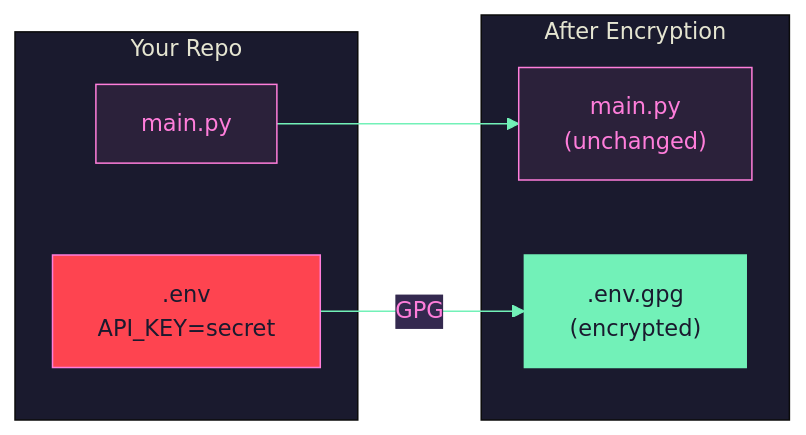
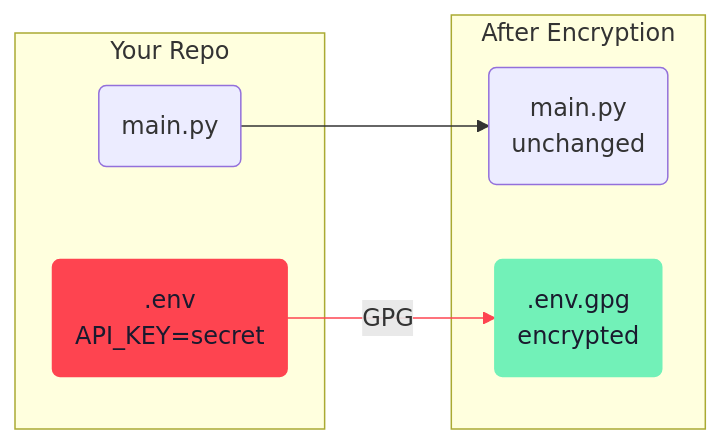
The second of 6 diagrams in README.md (haKC-ai/gitcloakd), drawn with Mermaid before and after one commit. The commit also changed other lines of this file, not shown here.

````diff
--- a/README.md
+++ b/README.md
@@ -138,19 +191,20 @@
 ```mermaid
-%%{init: {'theme': 'base', 'themeVariables': { 'fontFamily': 'Lato', 'fontSize': '15px', 'primaryColor': '#2b213a', 'primaryTextColor': '#ff7edb', 'primaryBorderColor': '#ff7edb', 'lineColor': '#72f1b8', 'secondaryColor': '#34294f', 'tertiaryColor': '#1a1a2e' }}}%%
 flowchart LR
     subgraph Before["Your Repo"]
-        CODE1["main.py"]
-        SECRET1[".env<br/>API_KEY=secret"]
+        CODE1("main.py")
+        SECRET1(".env<br/>API_KEY=secret")
     end
 
     subgraph After["After Encryption"]
-        CODE2["main.py<br/>(unchanged)"]
-        SECRET2[".env.gpg<br/>(encrypted)"]
+        CODE2("main.py<br/>unchanged")
+        SECRET2(".env.gpg<br/>encrypted")
     end
 
     CODE1 --> CODE2
     SECRET1 -->|GPG| SECRET2
 
-    style SECRET1 fill:#fe4450,stroke:#ff7edb,color:#1a1a2e
+    style SECRET1 fill:#fe4450,stroke:#fe4450,color:#1a1a2e
     style SECRET2 fill:#72f1b8,stroke:#72f1b8,color:#1a1a2e
+
+    linkStyle 1 stroke:#fe4450
 ```
````
